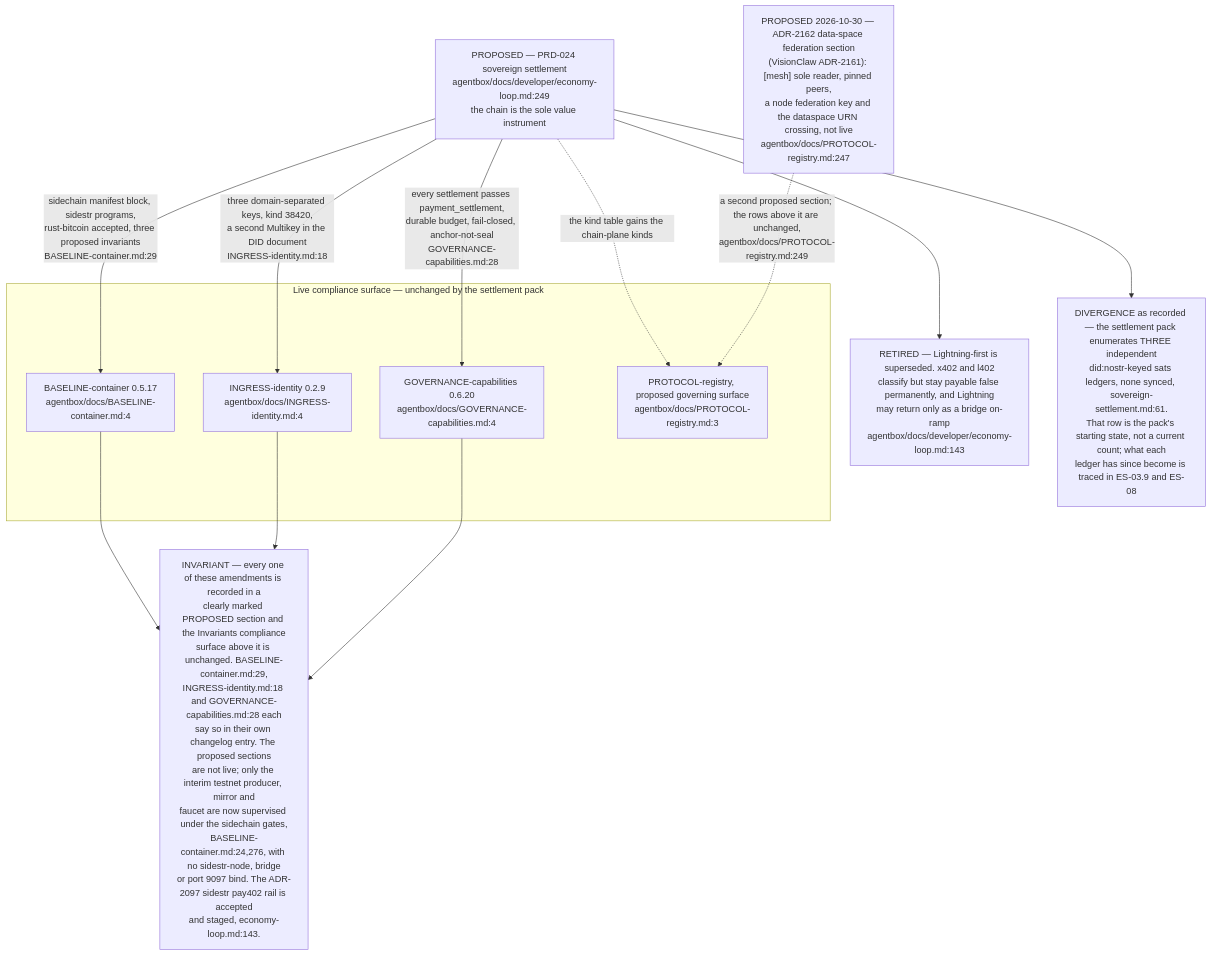
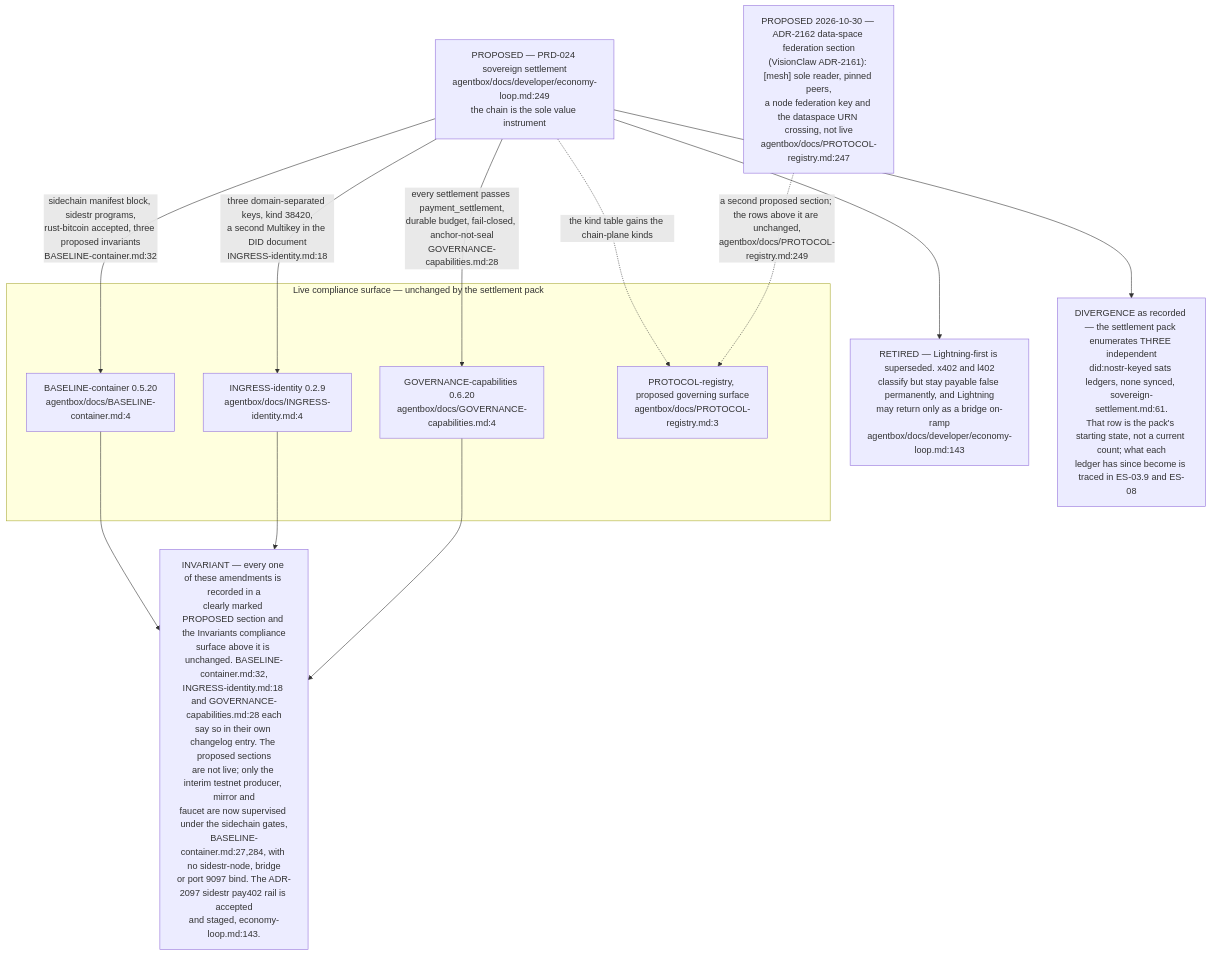
Before and after one commit to DreamLab-AI/VisionFlow: the eighth of 8 diagrams in docs/diagrams/estate/01-estate-topology.md, drawn with Mermaid. The commit also changed other lines of this file and 6 other files, not shown here.

````diff
--- a/docs/diagrams/estate/01-estate-topology.md
+++ b/docs/diagrams/estate/01-estate-topology.md
@@ -342,30 +342,30 @@
 ```mermaid
 flowchart TB
     subgraph LIVE["Live compliance surface — unchanged by the settlement pack"]
-        BC["BASELINE-container 0.5.17<br/>agentbox/docs/BASELINE-container.md:4"]
+        BC["BASELINE-container 0.5.20<br/>agentbox/docs/BASELINE-container.md:4"]
         IG["INGRESS-identity 0.2.9<br/>agentbox/docs/INGRESS-identity.md:4"]
         GC["GOVERNANCE-capabilities 0.6.20<br/>agentbox/docs/GOVERNANCE-capabilities.md:4"]
         PR["PROTOCOL-registry, proposed governing surface<br/>agentbox/docs/PROTOCOL-registry.md:3"]
     end
 
     PRD["PROPOSED — PRD-024 sovereign settlement<br/>agentbox/docs/developer/economy-loop.md:249<br/>the chain is the sole value instrument"]
 
-    PRD -->|"sidechain manifest block, sidestr programs,<br/>rust-bitcoin accepted, three proposed invariants<br/>BASELINE-container.md:29"| BC
+    PRD -->|"sidechain manifest block, sidestr programs,<br/>rust-bitcoin accepted, three proposed invariants<br/>BASELINE-container.md:32"| BC
     PRD -->|"three domain-separated keys, kind 38420,<br/>a second Multikey in the DID document<br/>INGRESS-identity.md:18"| IG
     PRD -->|"every settlement passes payment_settlement,<br/>durable budget, fail-closed, anchor-not-seal<br/>GOVERNANCE-capabilities.md:28"| GC
     PRD -.->|"the kind table gains the chain-plane kinds"| PR
 
     FED["PROPOSED 2026-10-30 — ADR-2162 data-space federation section<br/>(VisionClaw ADR-2161): [mesh] sole reader, pinned peers,<br/>a node federation key and the dataspace URN crossing, not live<br/>agentbox/docs/PROTOCOL-registry.md:247"]
     FED -.->|"a second proposed section; the rows above it are unchanged,<br/>agentbox/docs/PROTOCOL-registry.md:249"| PR
 
     RET["RETIRED — Lightning-first is superseded. x402 and l402<br/>classify but stay payable false permanently, and Lightning<br/>may return only as a bridge on-ramp<br/>agentbox/docs/developer/economy-loop.md:143"]
     PRD --> RET
 
-    INV["INVARIANT — every one of these amendments is recorded in a<br/>clearly marked PROPOSED section and the Invariants compliance<br/>surface above it is unchanged. BASELINE-container.md:29,<br/>INGRESS-identity.md:18 and GOVERNANCE-capabilities.md:28 each<br/>say so in their own changelog entry. The proposed sections<br/>are not live; only the interim testnet producer, mirror and<br/>faucet are now supervised under the sidechain gates,<br/>BASELINE-container.md:24,276, with no sidestr-node, bridge<br/>or port 9097 bind. The ADR-2097 sidestr pay402 rail is accepted<br/>and staged, economy-loop.md:143."]
+    INV["INVARIANT — every one of these amendments is recorded in a<br/>clearly marked PROPOSED section and the Invariants compliance<br/>surface above it is unchanged. BASELINE-container.md:32,<br/>INGRESS-identity.md:18 and GOVERNANCE-capabilities.md:28 each<br/>say so in their own changelog entry. The proposed sections<br/>are not live; only the interim testnet producer, mirror and<br/>faucet are now supervised under the sidechain gates,<br/>BASELINE-container.md:27,284, with no sidestr-node, bridge<br/>or port 9097 bind. The ADR-2097 sidestr pay402 rail is accepted<br/>and staged, economy-loop.md:143."]
     BC --> INV
     IG --> INV
     GC --> INV
 
     LEDG["DIVERGENCE as recorded — the settlement pack enumerates THREE independent<br/>did:nostr-keyed sats ledgers, none synced, sovereign-settlement.md:61.<br/>That row is the pack's starting state, not a current count; what each<br/>ledger has since become is traced in ES-03.9 and ES-08"]
     PRD --> LEDG
 ```
````
